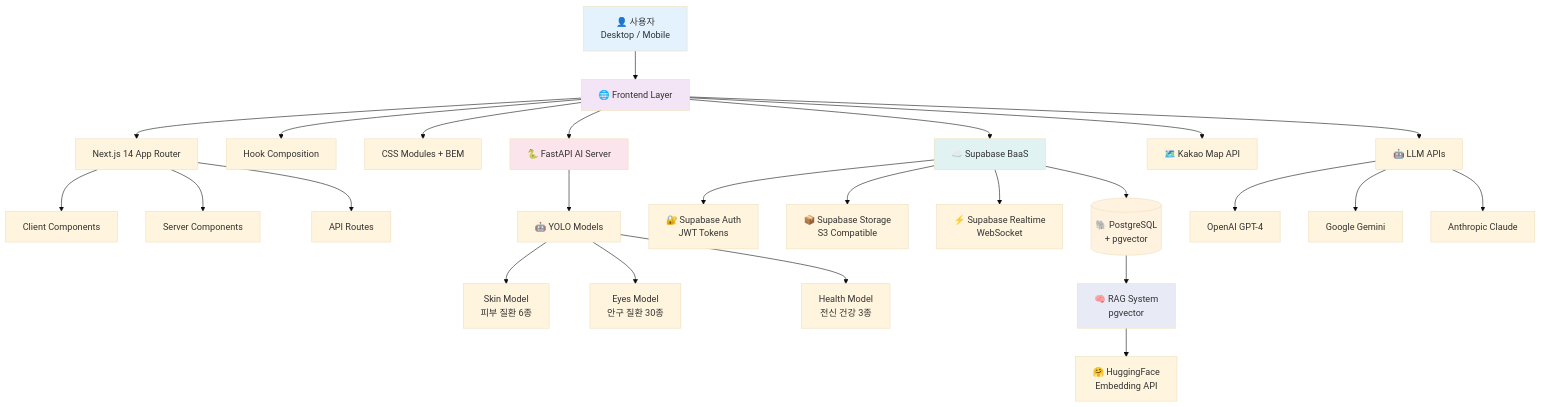
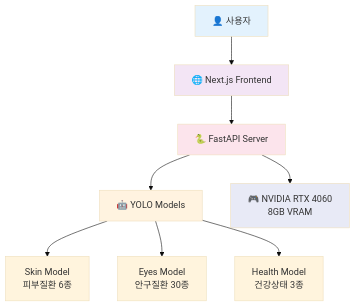
One commit to LYSS-LGU/wh07-3rd-Fetpal changed the third of 4 diagrams in README.md. Above: the diagram before and after it, drawn with Mermaid (base theme). The commit also changed other lines of this file, not shown here.

Commit message:
docs: Add YOLO model as README

````diff
--- a/README.md
+++ b/README.md
@@ -189,40 +488,18 @@
 ```mermaid
 graph TB
-    User[👤 사용자<br/>Desktop / Mobile] --> Frontend[🌐 Frontend Layer]
-    Frontend --> Next[Next.js 14 App Router]
-    Frontend --> Hooks[Hook Composition]
-    Frontend --> CSS[CSS Modules + BEM]
-
-    Next --> ClientComp[Client Components]
-    Next --> ServerComp[Server Components]
-    Next --> APIRoute[API Routes]
-
-    Frontend --> Supabase[☁️ Supabase BaaS]
-    Frontend --> FastAPI[🐍 FastAPI AI Server]
-    Frontend --> KakaoAPI[🗺️ Kakao Map API]
-    Frontend --> LLM[🤖 LLM APIs]
-
-    Supabase --> PostgreSQL[(🐘 PostgreSQL<br/>+ pgvector)]
-    Supabase --> Auth[🔐 Supabase Auth<br/>JWT Tokens]
-    Supabase --> Storage[📦 Supabase Storage<br/>S3 Compatible]
-    Supabase --> Realtime[⚡ Supabase Realtime<br/>WebSocket]
+    User[👤 사용자] --> Frontend[🌐 Next.js Frontend]
+    Frontend --> FastAPI[🐍 FastAPI Server]
 
     FastAPI --> YOLO[🤖 YOLO Models]
-    YOLO --> SkinModel[Skin Model<br/>피부 질환 6종]
-    YOLO --> EyesModel[Eyes Model<br/>안구 질환 30종]
-    YOLO --> HealthModel[Health Model<br/>전신 건강 3종]
+    YOLO --> Skin[Skin Model<br/>피부질환 6종]
+    YOLO --> Eyes[Eyes Model<br/>안구질환 30종]
+    YOLO --> Health[Health Model<br/>건강상태 3종]
 
-    PostgreSQL --> RAG[🧠 RAG System<br/>pgvector]
-    RAG --> HuggingFace[🤗 HuggingFace<br/>Embedding API]
-
-    LLM --> GPT[OpenAI GPT-4]
-    LLM --> Gemini[Google Gemini]
-    LLM --> Claude[Anthropic Claude]
+    FastAPI --> GPU[🎮 NVIDIA RTX 4060<br/>8GB VRAM]
 
     style User fill:#E3F2FD
     style Frontend fill:#F3E5F5
-    style Supabase fill:#E0F2F1
     style FastAPI fill:#FCE4EC
-    style PostgreSQL fill:#FFF3E0
-    style RAG fill:#E8EAF6
+    style YOLO fill:#FFF3E0
+    style GPU fill:#E8EAF6
 ```
````
